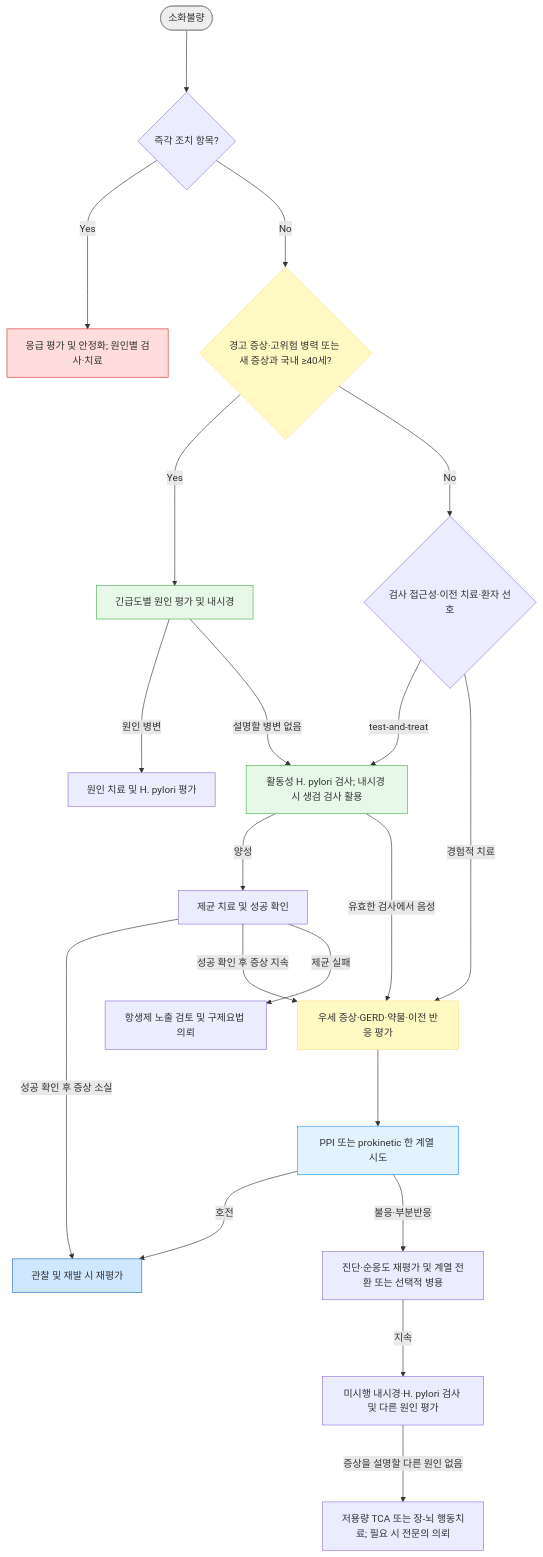
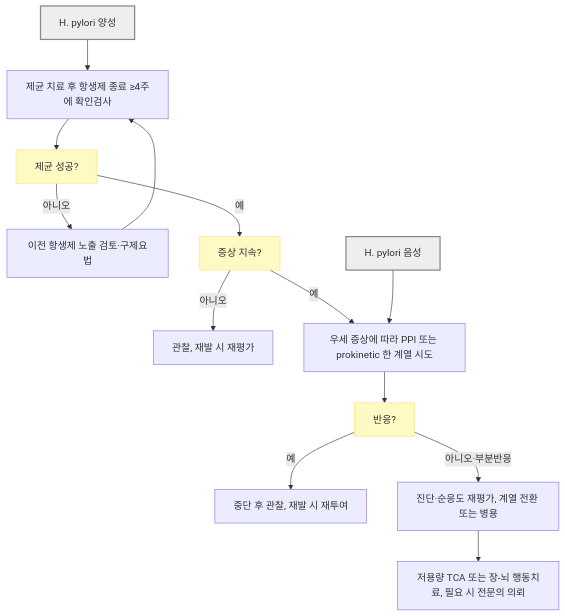
One commit to familyoh77/familyoh77 changed the second of 2 diagrams in 224_/075_-indigestion-dyspepsia.md. Above: the diagram before and after it, drawn with Mermaid. The commit also changed other lines of this file, not shown here.

````diff
--- a/224_/075_-indigestion-dyspepsia.md
+++ b/224_/075_-indigestion-dyspepsia.md
@@ -250,30 +276,19 @@
 ```mermaid
 flowchart TD
-    Start(["소화불량"]) ---> Urgent{"즉각 조치 항목?"}
-    Urgent -- "Yes" ---> Emergency["응급 평가 및 안정화; 원인별 검사·치료"]
-    Urgent -- "No" ---> RF{"경고 증상·고위험 병력 또는 새 증상과 국내 ≥40세?"}
-    RF -- "Yes" ---> Endo["긴급도별 원인 평가 및 내시경"]
-    RF -- "No" ---> Choice{"검사 접근성·이전 치료·환자 선호"}
-    Choice -- "test-and-treat" ---> HpTest["활동성 H. pylori 검사; 내시경 시 생검 검사 활용"]
-    Choice -- "경험적 치료" ---> Pheno
-    Endo -- "원인 병변" ---> CauseTx["원인 치료 및 H. pylori 평가"]
-    Endo -- "설명할 병변 없음" ---> HpTest
-    HpTest -- "양성" ---> HpErad["제균 치료 및 성공 확인"]
-    HpTest -- "유효한 검사에서 음성" ---> Pheno["우세 증상·GERD·약물·이전 반응 평가"]
-    HpErad -- "성공 확인 후 증상 소실" ---> Done["관찰 및 재발 시 재평가"]
-    HpErad -- "성공 확인 후 증상 지속" ---> Pheno
-    HpErad -- "제균 실패" ---> Rescue["항생제 노출 검토 및 구제요법 의뢰"]
-    Pheno ---> First["PPI 또는 prokinetic 한 계열 시도"]
-    First -- "호전" ---> Done
-    First -- "불응·부분반응" ---> Review["진단·순응도 재평가 및 계열 전환 또는 선택적 병용"]
-    Review -- "지속" ---> Workup["미시행 내시경·H. pylori 검사 및 다른 원인 평가"]
-    Workup -- "증상을 설명할 다른 원인 없음" ---> Next["저용량 TCA 또는 장-뇌 행동치료; 필요 시 전문의 의뢰"]
-    style Start fill:#eeeeee,stroke:#888888
-    style Emergency fill:#ffdddd,stroke:#d32f2f
-    style RF fill:#fff9c4,stroke:#ffe082
-    style Endo fill:#e8f8e8,stroke:#4caf50
-    style HpTest fill:#e8f8e8,stroke:#4caf50
-    style Pheno fill:#fff9c4,stroke:#ffe082
-    style First fill:#e3f2ff,stroke:#2196f3
-    style Done fill:#d0e8ff,stroke:#1a6abf
+    A["H. pylori 양성"] --> B["제균 치료 후 항생제 종료 ≥4주에 확인검사"]
+    B --> J["제균 성공?"]
+    J -- "아니오" --> K["이전 항생제 노출 검토·구제요법"]
+    K --> B
+    J -- "예" --> C["증상 지속?"]
+    C -- "아니오" --> D["관찰, 재발 시 재평가"]
+    C -- "예" --> E["우세 증상에 따라 PPI 또는 prokinetic 한 계열 시도"]
+    N["H. pylori 음성"] --> E
+    E --> F["반응?"]
+    F -- "예" --> G["중단 후 관찰, 재발 시 재투여"]
+    F -- "아니오·부분반응" --> H["진단·순응도 재평가, 계열 전환 또는 병용"]
+    H --> I["저용량 TCA 또는 장-뇌 행동치료, 필요 시 전문의 의뢰"]
+    classDef question fill:#fff9c4,stroke:#ffe082
+    class C,F,J question
+    style A fill:#eeeeee,stroke:#888888,stroke-width:2px
+    style N fill:#eeeeee,stroke:#888888,stroke-width:2px
 ```
````
